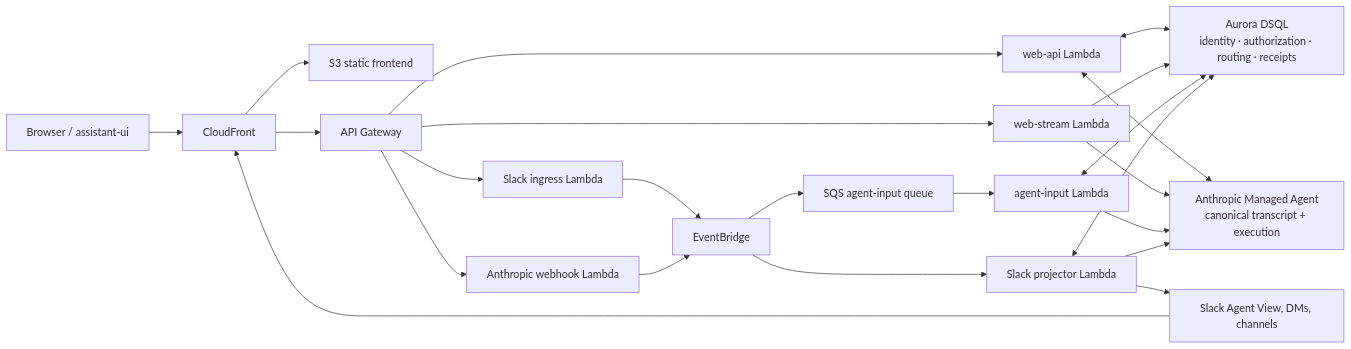
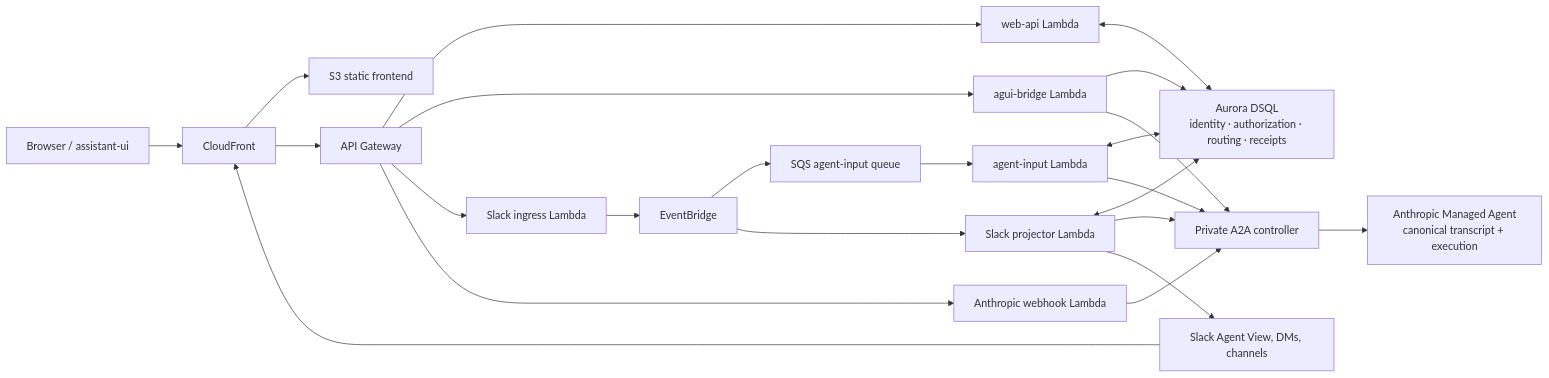
Before and after one commit to ryfeus/managed-agent-web-slack: the diagram in README.md, drawn with Mermaid. The commit also changed other lines of this file and 190 other files, not shown here.

````diff
--- a/README.md
+++ b/README.md
@@ -16,28 +16,28 @@
 ```mermaid
 flowchart LR
   Browser["Browser / assistant-ui"] --> Edge["CloudFront"]
   Slack["Slack Agent View, DMs, channels"] --> Edge
   Edge --> Static["S3 static frontend"]
   Edge --> API["API Gateway"]
 
   API --> WebAPI["web-api Lambda"]
-  API --> Stream["web-stream Lambda"]
+  API --> Bridge["agui-bridge Lambda"]
   API --> Ingress["Slack ingress Lambda"]
   API --> Webhook["Anthropic webhook Lambda"]
 
   Ingress --> Bus["EventBridge"]
-  Webhook --> Bus
+  Webhook --> A2A
   Bus --> Queue["SQS agent-input queue"]
   Queue --> Input["agent-input Lambda"]
   Bus --> Projector["Slack projector Lambda"]
 
   WebAPI <--> DSQL["Aurora DSQL\nidentity · authorization · routing · receipts"]
-  Stream --> DSQL
+  Bridge --> DSQL
   Input <--> DSQL
   Projector <--> DSQL
-  WebAPI <--> Claude["Anthropic Managed Agent\ncanonical transcript + execution"]
-  Stream --> Claude
-  Input --> Claude
-  Projector --> Claude
+  Bridge --> A2A["Private A2A controller"]
+  Input --> A2A
+  Projector --> A2A
+  A2A --> Claude["Anthropic Managed Agent\ncanonical transcript + execution"]
   Projector --> Slack
 ```
````
